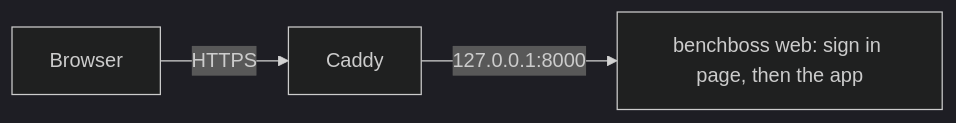
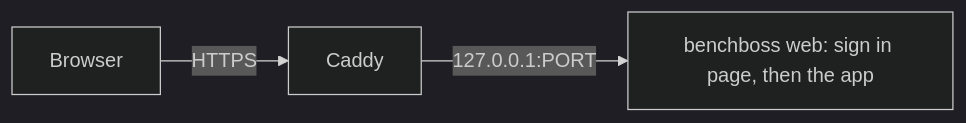
Before and after one commit to ValeQRamos/benchboss: the second of 2 diagrams in docs/server.md, drawn with Mermaid (dark theme). The commit also changed other lines of this file and 2 other files, not shown here.

````diff
--- a/docs/server.md
+++ b/docs/server.md
@@ -223,5 +227,5 @@
 ```mermaid
 flowchart LR
     B[Browser] -->|HTTPS| C[Caddy]
-    C -->|127.0.0.1:8000| W[benchboss web: sign in page, then the app]
+    C -->|127.0.0.1:PORT| W[benchboss web: sign in page, then the app]
 ```
````
